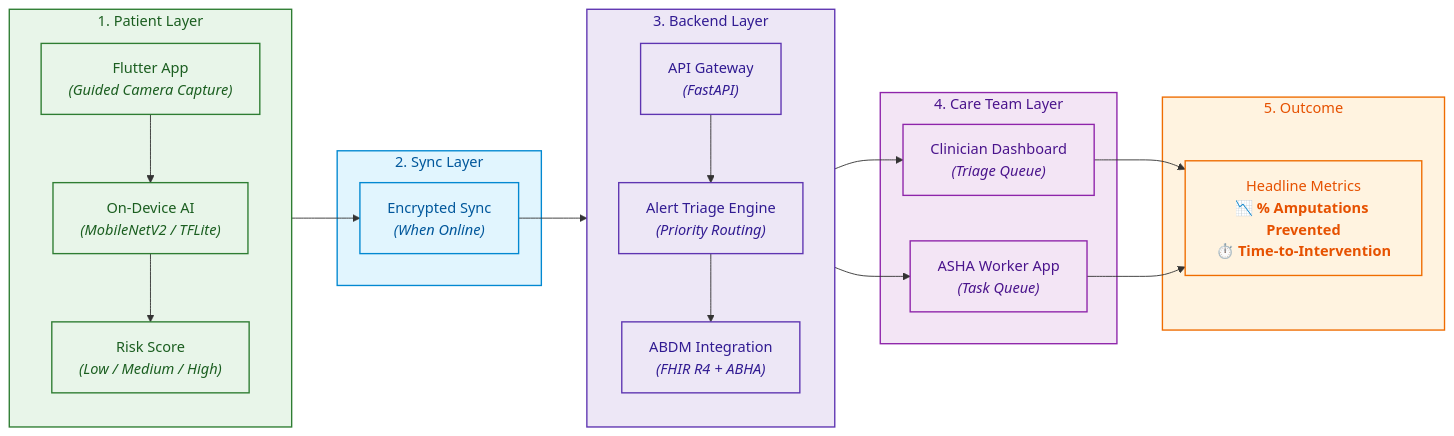
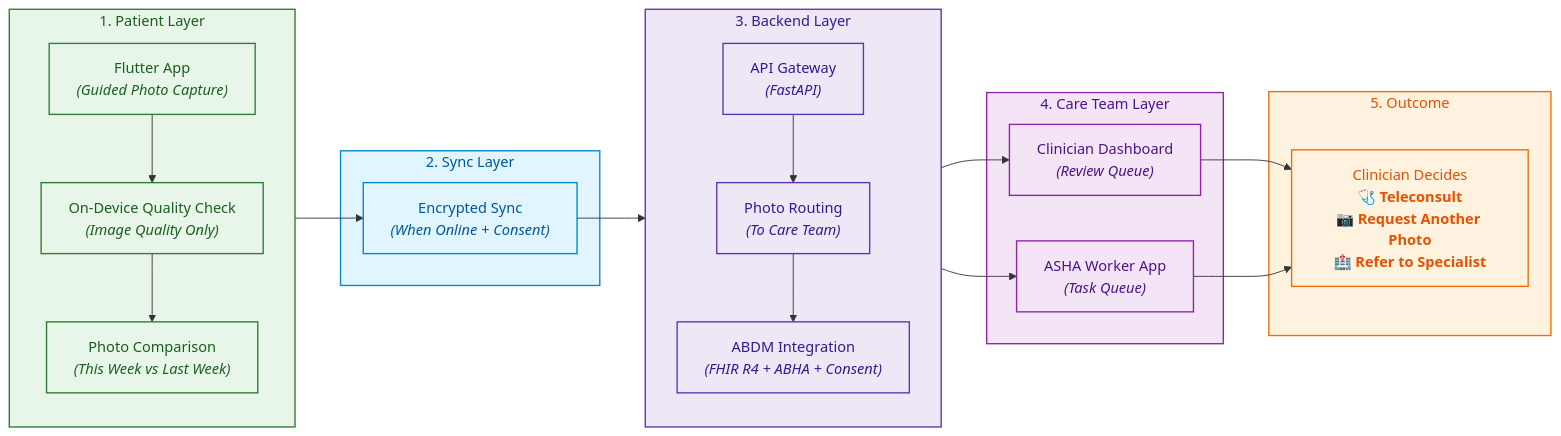
The diagram in README.md (kamblepranjali88-code/StepGuard-AI---Weekly-Foot-Check-Companion), drawn with Mermaid before and after one commit. The commit also changed other lines of this file, not shown here.

````diff
--- a/README.md
+++ b/README.md
@@ -56,52 +67,52 @@
 ```mermaid
 flowchart LR
     subgraph S1["1. Patient Layer"]
         direction TB
-        D1["Flutter App<br/><i>(Guided Camera Capture)</i>"]
-        D2["On-Device AI<br/><i>(MobileNetV2 / TFLite)</i>"]
-        D3["Risk Score<br/><i>(Low / Medium / High)</i>"]
+        D1["Flutter App<br/><i>(Guided Photo Capture)</i>"]
+        D2["On-Device Quality Check<br/><i>(Image Quality Only)</i>"]
+        D3["Photo Comparison<br/><i>(This Week vs Last Week)</i>"]
     end
 
     subgraph S2["2. Sync Layer"]
-        P1["Encrypted Sync<br/><i>(When Online)</i>"]
+        P1["Encrypted Sync<br/><i>(When Online + Consent)</i>"]
     end
 
     subgraph S3["3. Backend Layer"]
         direction TB
         C1["API Gateway<br/><i>(FastAPI)</i>"]
-        C2["Alert Triage Engine<br/><i>(Priority Routing)</i>"]
-        C3["ABDM Integration<br/><i>(FHIR R4 + ABHA)</i>"]
+        C2["Photo Routing<br/><i>(To Care Team)</i>"]
+        C3["ABDM Integration<br/><i>(FHIR R4 + ABHA + Consent)</i>"]
     end
 
     subgraph S4["4. Care Team Layer"]
-        DB["Clinician Dashboard<br/><i>(Triage Queue)</i>"]
+        DB["Clinician Dashboard<br/><i>(Review Queue)</i>"]
         ASHA["ASHA Worker App<br/><i>(Task Queue)</i>"]
     end
 
     subgraph S5["5. Outcome"]
-        OUT["Headline Metrics<br/><b>📉 % Amputations Prevented</b><br/><b>⏱️ Time-to-Intervention</b>"]
+        OUT["Clinician Decides<br/><b>🩺 Teleconsult</b><br/><b>📷 Request Another Photo</b><br/><b>🏥 Refer to Specialist</b>"]
     end
 
     D1 --> D2
     D2 --> D3
     D3 --> P1
     P1 --> C1
     C1 --> C2
     C2 --> C3
     C2 --> DB
     C2 --> ASHA
     DB --> OUT
     ASHA --> OUT
 
     classDef patientBox fill:#e8f5e9,stroke:#2e7d32,stroke-width:1.5px,color:#1b5e20;
     classDef syncBox fill:#e1f5fe,stroke:#0288d1,stroke-width:1.5px,color:#01579b;
     classDef backendBox fill:#ede7f6,stroke:#5e35b1,stroke-width:1.5px,color:#311b92;
     classDef careBox fill:#f3e5f5,stroke:#8e24aa,stroke-width:1.5px,color:#4a148c;
     classDef outBox fill:#fff3e0,stroke:#ef6c00,stroke-width:1.5px,color:#e65100;
 
     class S1,D1,D2,D3 patientBox;
     class S2,P1 syncBox;
     class S3,C1,C2,C3 backendBox;
     class S4,DB,ASHA careBox;
     class S5,OUT outBox;
 ```
````
